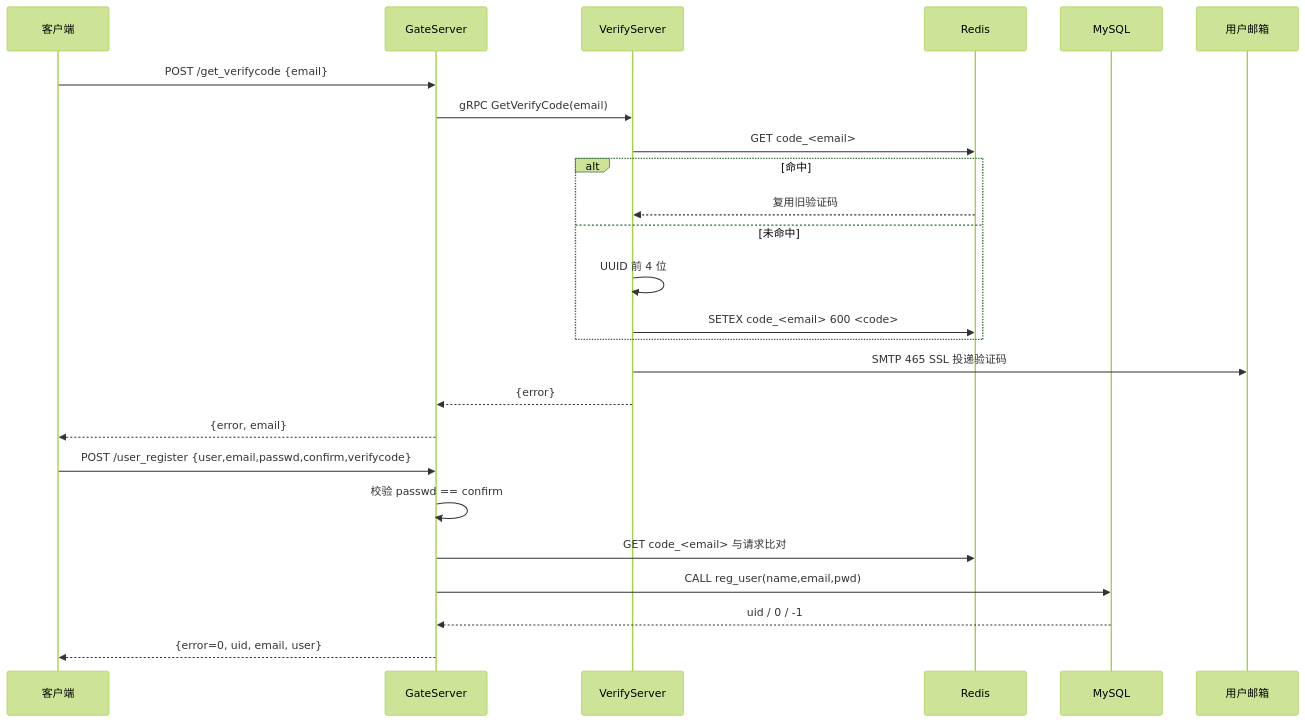
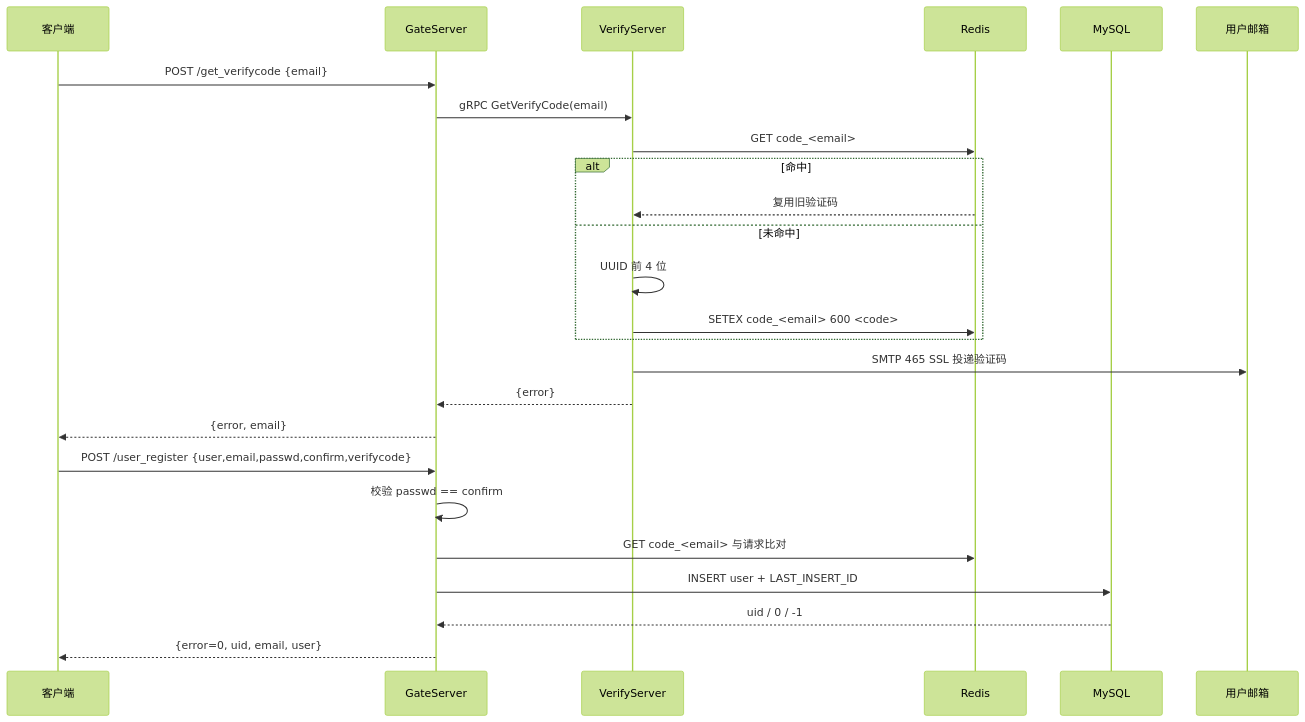
One commit to yrc920/yunjian changed the second of 5 diagrams in docs/01-architecture.md. Above: the diagram before and after it, drawn with Mermaid (forest theme). The commit also changed other lines of this file and 78 other files, not shown here.

````diff
--- a/docs/01-architecture.md
+++ b/docs/01-architecture.md
@@ -110,29 +110,29 @@
 ```mermaid
 sequenceDiagram
     participant C as 客户端
     participant G as GateServer
     participant V as VerifyServer
     participant R as Redis
     participant M as MySQL
     participant E as 用户邮箱
 
     C->>G: POST /get_verifycode {email}
     G->>V: gRPC GetVerifyCode(email)
     V->>R: GET code_#lt;email#gt;
     alt 命中
         R-->>V: 复用旧验证码
     else 未命中
         V->>V: UUID 前 4 位
         V->>R: SETEX code_#lt;email#gt; 600 #lt;code#gt;
     end
     V->>E: SMTP 465 SSL 投递验证码
     V-->>G: {error}
     G-->>C: {error, email}
 
     C->>G: POST /user_register {user,email,passwd,confirm,verifycode}
     G->>G: 校验 passwd == confirm
     G->>R: GET code_#lt;email#gt; 与请求比对
-    G->>M: CALL reg_user(name,email,pwd)
+    G->>M: INSERT user + LAST_INSERT_ID
     M-->>G: uid / 0 / -1
     G-->>C: {error=0, uid, email, user}
 ```
````
